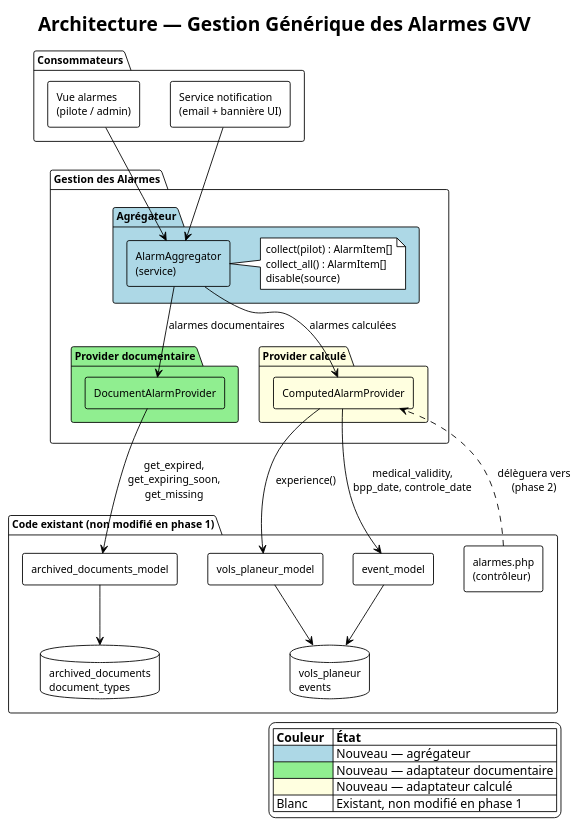
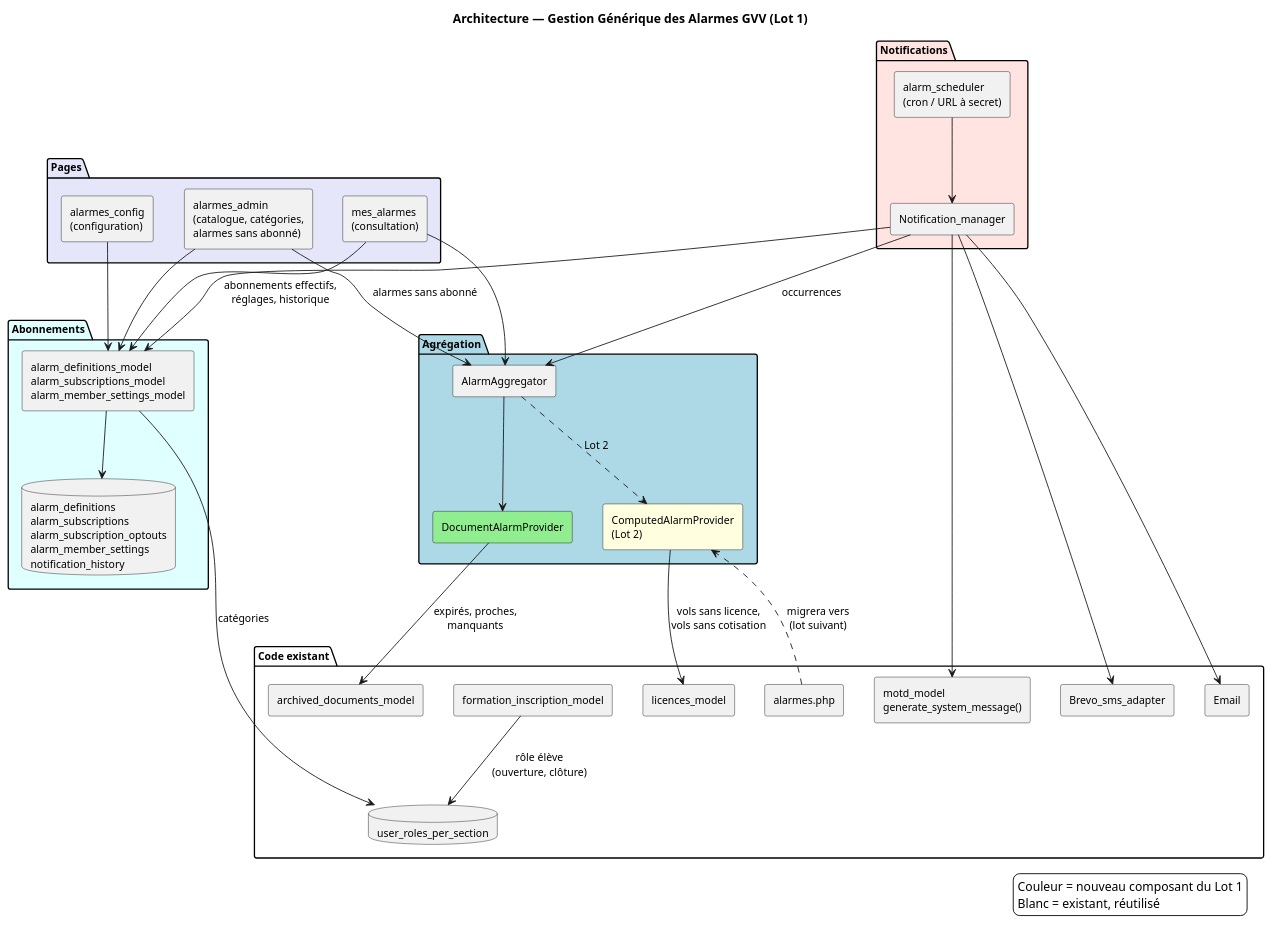
The diagram in doc/design_notes/diagrams/gestion_alarmes_composants.puml (flub78/gvv), drawn with PlantUML before and after one commit. The commit also changed 10 other files, not shown here.

First line of the commit message:
Alarmes : Lot 1 du MVP (PRD, conception, plan)

```diff
--- a/doc/design_notes/diagrams/gestion_alarmes_composants.puml
+++ b/doc/design_notes/diagrams/gestion_alarmes_composants.puml
@@ -1,73 +1,71 @@
 @startuml gestion_alarmes_composants
-!theme plain
 skinparam componentStyle rectangle
 skinparam backgroundColor white
 skinparam defaultFontSize 12
 
-title Architecture — Gestion Générique des Alarmes GVV
+title Architecture — Gestion Générique des Alarmes GVV (Lot 1)
 
-package "Gestion des Alarmes" {
-
-  package "Agrégateur" #lightblue {
-    component [AlarmAggregator\n(service)] as AGG #lightblue
-    note right of AGG
-      collect(pilot) : AlarmItem[]
-      collect_all() : AlarmItem[]
-      disable(source)
-    end note
-  }
-
-  package "Provider documentaire" #lightgreen {
-    component [DocumentAlarmProvider] as DOC_P #lightgreen
-  }
-
-  package "Provider calculé" #lightyellow {
-    component [ComputedAlarmProvider] as COMP_P #lightyellow
-  }
+package "Pages" #lavender {
+  component [alarmes_config\n(configuration)] as CONF
+  component [mes_alarmes\n(consultation)] as MES
+  component [alarmes_admin\n(catalogue, catégories,\nalarmes sans abonné)] as ADM
 }
 
-package "Code existant (non modifié en phase 1)" {
-  component [archived_documents_model] as ARCH_M
-  component [alarmes.php\n(contrôleur)] as ALARM_C
-  component [vols_planeur_model] as VOL_M
-  component [event_model] as EVT_M
-
-  database "archived_documents\ndocument_types" as ARCH_DB
-  database "vols_planeur\nevents" as VOL_DB
+package "Notifications" #mistyrose {
+  component [alarm_scheduler\n(cron / URL à secret)] as SCHED
+  component [Notification_manager] as NOTIF
 }
 
-package "Consommateurs" {
-  component [Vue alarmes\n(pilote / admin)] as VUE
-  component [Service notification\n(email + bannière UI)] as NOTIF
+package "Abonnements" #lightcyan {
+  component [alarm_definitions_model\nalarm_subscriptions_model\nalarm_member_settings_model] as SUBS
+  database "alarm_definitions\nalarm_subscriptions\nalarm_subscription_optouts\nalarm_member_settings\nnotification_history" as SUBS_DB
 }
 
-' Agrégateur → Providers
-AGG --> DOC_P : alarmes documentaires
-AGG --> COMP_P : alarmes calculées
+package "Agrégation" #lightblue {
+  component [AlarmAggregator] as AGG
+  component [DocumentAlarmProvider] as DOC_P #lightgreen
+  component [ComputedAlarmProvider\n(Lot 2)] as COMP_P #lightyellow
+}
 
-' Providers → Code existant
-DOC_P --> ARCH_M : get_expired,\nget_expiring_soon,\nget_missing
-COMP_P --> VOL_M : experience()
-COMP_P --> EVT_M : medical_validity,\nbpp_date, controle_date
+package "Code existant" {
+  component [archived_documents_model] as ARCH_M
+  component [licences_model] as LIC_M
+  component [motd_model\ngenerate_system_message()] as MOTD
+  component [Brevo_sms_adapter] as SMS
+  component [Email] as MAIL
+  component [formation_inscription_model] as FORM
+  database "user_roles_per_section" as ROLES
+  component [alarmes.php] as ALARM_C
+}
 
-' Code existant → DB
-ARCH_M --> ARCH_DB
-VOL_M --> VOL_DB
-EVT_M --> VOL_DB
+SCHED --> NOTIF
+NOTIF --> AGG : occurrences
+NOTIF --> SUBS : abonnements effectifs,\nréglages, historique
+NOTIF --> MAIL
+NOTIF --> MOTD
+NOTIF --> SMS
 
-' Consommateurs → Agrégateur
-VUE --> AGG
-NOTIF --> AGG
+CONF --> SUBS
+ADM --> SUBS
+ADM --> AGG : alarmes sans abonné
+MES --> AGG
+MES --> SUBS
 
-' Relation alarmes.php → ComputedAlarmProvider
-ALARM_C ..> COMP_P : délèguera vers\n(phase 2)
+SUBS --> SUBS_DB
+SUBS --> ROLES : catégories
+
+AGG --> DOC_P
+AGG ..> COMP_P : Lot 2
+DOC_P --> ARCH_M : expirés, proches,\nmanquants
+COMP_P --> LIC_M : vols sans licence,\nvols sans cotisation
+
+FORM --> ROLES : rôle élève\n(ouverture, clôture)
+
+ALARM_C ..> COMP_P : migrera vers\n(lot suivant)
 
 legend right
-  |= Couleur |= État |
-  |<#lightblue>  | Nouveau — agrégateur |
-  |<#lightgreen> | Nouveau — adaptateur documentaire |
-  |<#lightyellow>| Nouveau — adaptateur calculé |
-  | Blanc        | Existant, non modifié en phase 1 |
+  Couleur = nouveau composant du Lot 1
+  Blanc = existant, réutilisé
 endlegend
 
 @enduml
```
